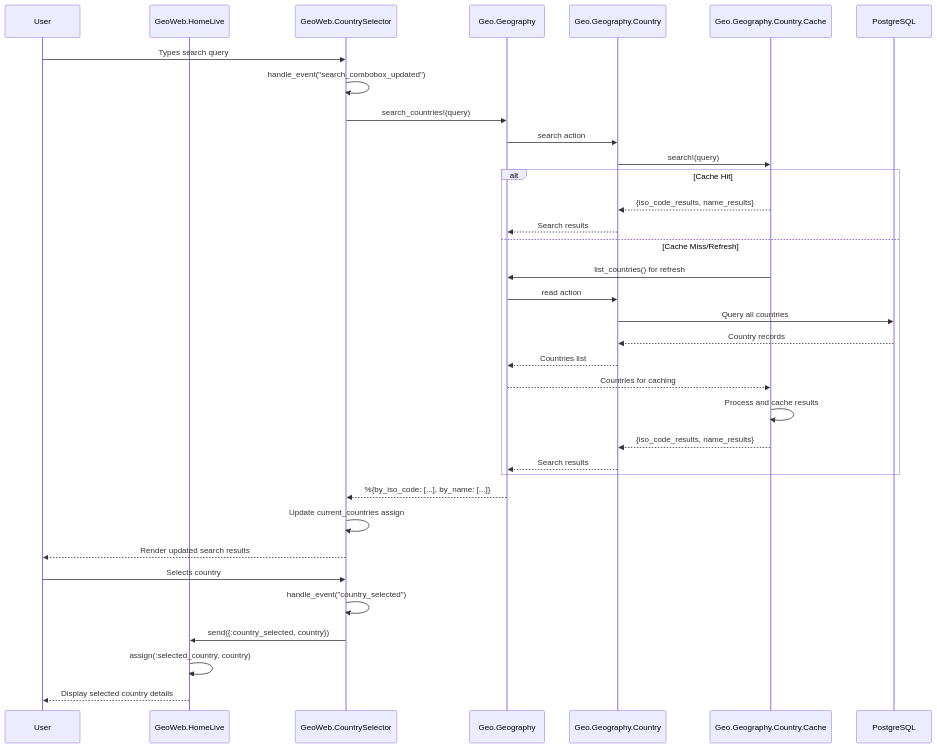
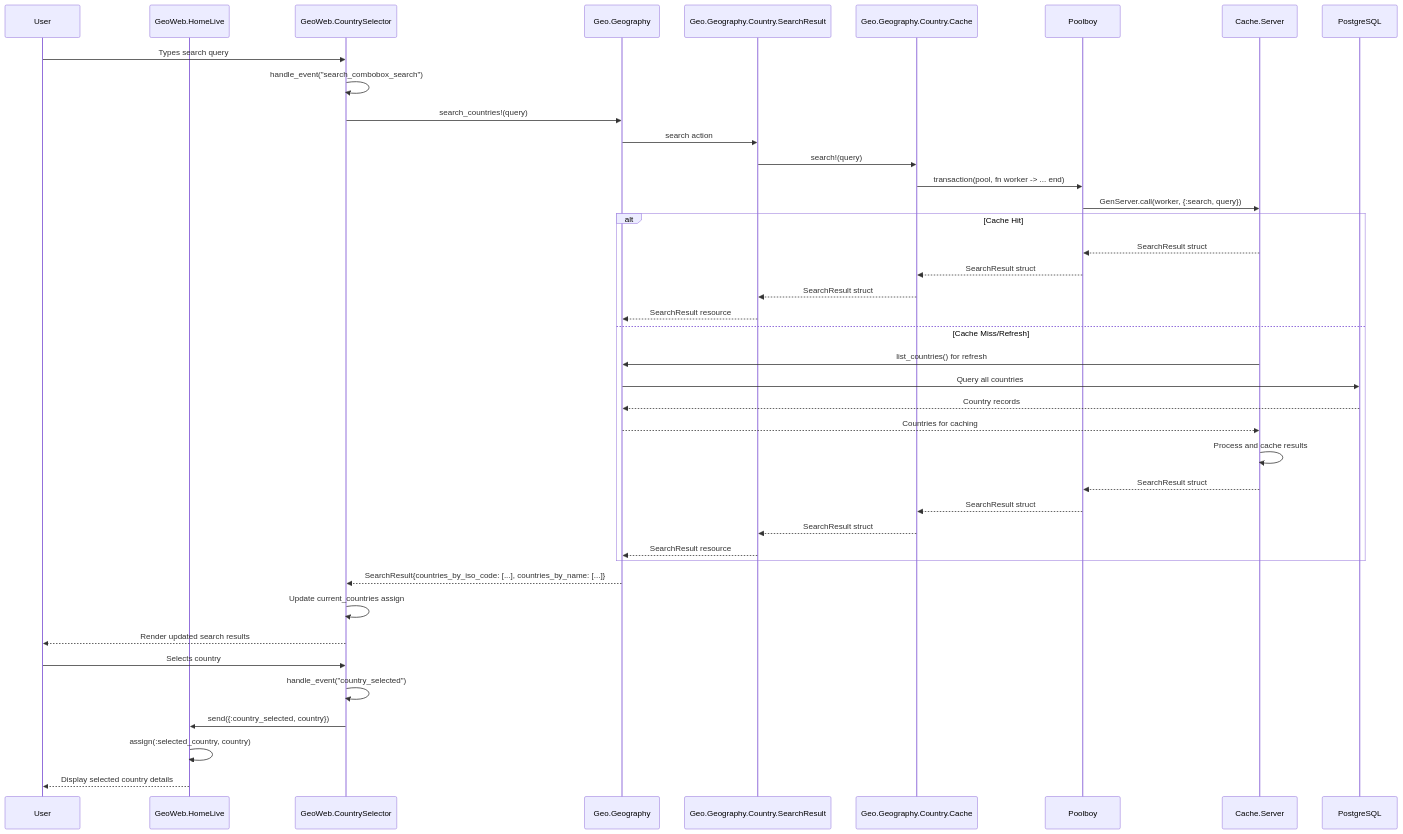
Before and after one commit to dev-guy/geo: the second of 6 diagrams in README.md, drawn with Mermaid. The commit also changed other lines of this file and 11 other files, not shown here.

````diff
--- a/README.md
+++ b/README.md
@@ -284,41 +316,47 @@
 ```mermaid
 sequenceDiagram
     participant User
     participant LiveView as GeoWeb.HomeLive
     participant Component as GeoWeb.CountrySelector
     participant Domain as Geo.Geography
-    participant Resource as Geo.Geography.Country
+    participant SearchResource as Geo.Geography.Country.SearchResult
     participant Cache as Geo.Geography.Country.Cache
+    participant Pool as Poolboy
+    participant Worker as Cache.Server
     participant DB as PostgreSQL
 
     User->>Component: Types search query
-    Component->>Component: handle_event("search_combobox_updated")
+    Component->>Component: handle_event("search_combobox_search")
     Component->>Domain: search_countries!(query)
-    Domain->>Resource: search action
-    Resource->>Cache: search!(query)
+    Domain->>SearchResource: search action
+    SearchResource->>Cache: search!(query)
+    Cache->>Pool: transaction(pool, fn worker -> ... end)
+    Pool->>Worker: GenServer.call(worker, {:search, query})
     
     alt Cache Hit
-        Cache-->>Resource: {iso_code_results, name_results}
-        Resource-->>Domain: Search results
+        Worker-->>Pool: SearchResult struct
+        Pool-->>Cache: SearchResult struct
+        Cache-->>SearchResource: SearchResult struct
+        SearchResource-->>Domain: SearchResult resource
     else Cache Miss/Refresh
-        Cache->>Domain: list_countries() for refresh
-        Domain->>Resource: read action
-        Resource->>DB: Query all countries
-        DB-->>Resource: Country records
-        Resource-->>Domain: Countries list
-        Domain-->>Cache: Countries for caching
-        Cache->>Cache: Process and cache results
-        Cache-->>Resource: {iso_code_results, name_results}
-        Resource-->>Domain: Search results
+        Worker->>Domain: list_countries() for refresh
+        Domain->>DB: Query all countries
+        DB-->>Domain: Country records
+        Domain-->>Worker: Countries for caching
+        Worker->>Worker: Process and cache results
+        Worker-->>Pool: SearchResult struct
+        Pool-->>Cache: SearchResult struct
+        Cache-->>SearchResource: SearchResult struct
+        SearchResource-->>Domain: SearchResult resource
     end
     
-    Domain-->>Component: %{by_iso_code: [...], by_name: [...]}
+    Domain-->>Component: SearchResult{countries_by_iso_code: [...], countries_by_name: [...]}
     Component->>Component: Update current_countries assign
     Component-->>User: Render updated search results
     
     User->>Component: Selects country
     Component->>Component: handle_event("country_selected")
     Component->>LiveView: send({:country_selected, country})
     LiveView->>LiveView: assign(:selected_country, country)
     LiveView-->>User: Display selected country details
 ```
````
